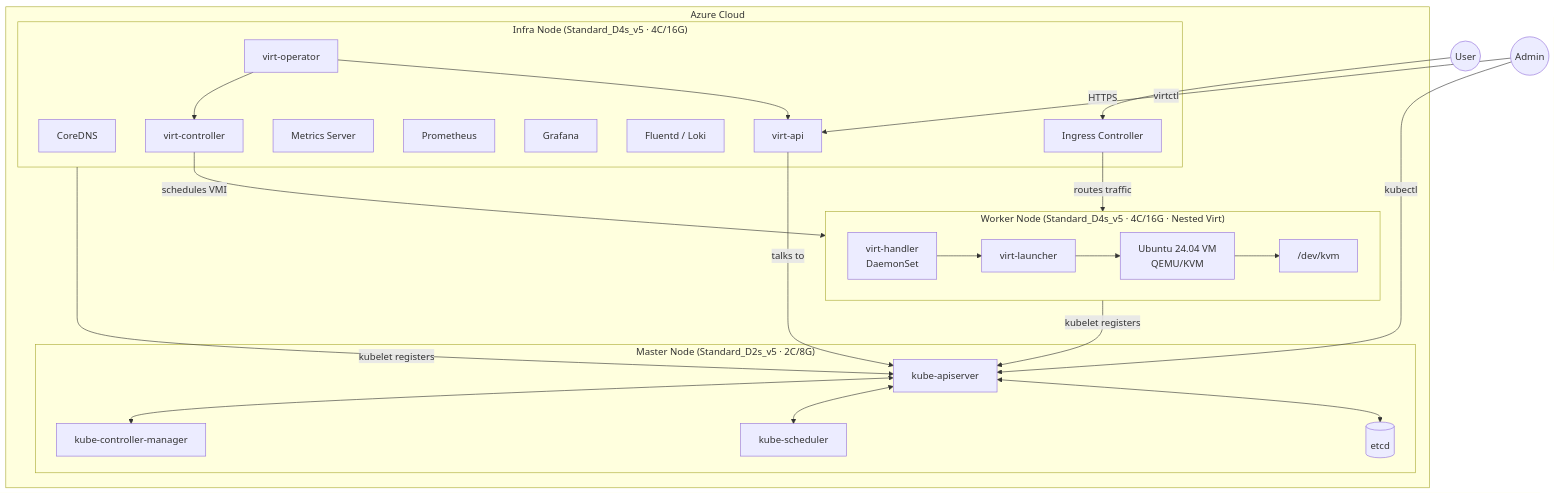
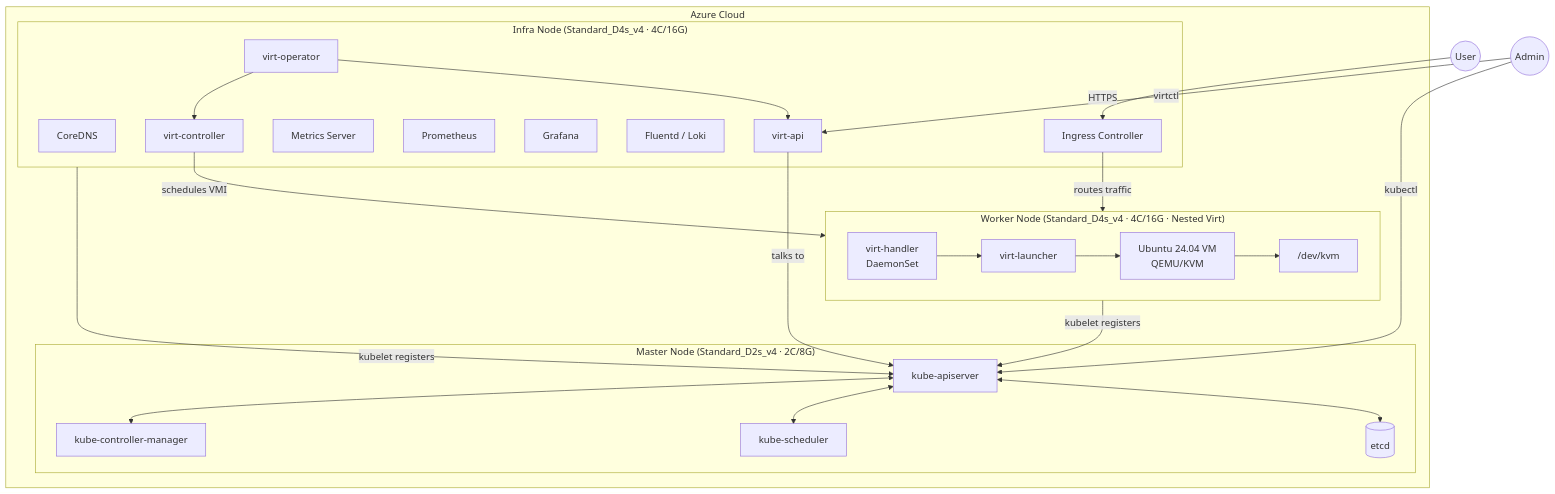
One commit to MansionLai/notebook changed the first of 2 diagrams in kubernetes/3node-kubevirt/architecture.md. Above: the diagram before and after it, drawn with Mermaid. The commit also changed other lines of this file and 2 other files, not shown here.

Commit message:
Align KubeVirt VM sizes to v4

````diff
--- a/kubernetes/3node-kubevirt/architecture.md
+++ b/kubernetes/3node-kubevirt/architecture.md
@@ -22,47 +22,47 @@
 ```mermaid
 graph TB
     subgraph Azure["Azure Cloud"]
-        subgraph Master["Master Node (Standard_D2s_v5 · 2C/8G)"]
+        subgraph Master["Master Node (Standard_D2s_v4 · 2C/8G)"]
             API[kube-apiserver]
             ETCD[(etcd)]
             SCH[kube-scheduler]
             CM[kube-controller-manager]
             API <--> ETCD
             API <--> SCH
             API <--> CM
         end
 
-        subgraph Infra["Infra Node (Standard_D4s_v5 · 4C/16G)"]
+        subgraph Infra["Infra Node (Standard_D4s_v4 · 4C/16G)"]
             DNS[CoreDNS]
             ING[Ingress Controller]
             MS[Metrics Server]
             PROM[Prometheus]
             GRAF[Grafana]
             FLUE[Fluentd / Loki]
             VO[virt-operator]
             VA[virt-api]
             VC[virt-controller]
             VO --> VA
             VO --> VC
         end
 
-        subgraph Worker["Worker Node (Standard_D4s_v5 · 4C/16G · Nested Virt)"]
+        subgraph Worker["Worker Node (Standard_D4s_v4 · 4C/16G · Nested Virt)"]
             VH[virt-handler\nDaemonSet]
             VL[virt-launcher]
             UB[Ubuntu 24.04 VM\nQEMU/KVM]
             KVM["/dev/kvm"]
             VH --> VL --> UB
             UB --> KVM
         end
 
         Infra  -- "kubelet registers" --> API
         Worker -- "kubelet registers" --> API
         ING    -- "routes traffic" --> Worker
         VC     -- "schedules VMI" --> Worker
         VA     -- "talks to" --> API
     end
 
     User((User))   -- HTTPS --> ING
     Admin((Admin)) -- kubectl --> API
     Admin          -- virtctl --> VA
 ```
````
